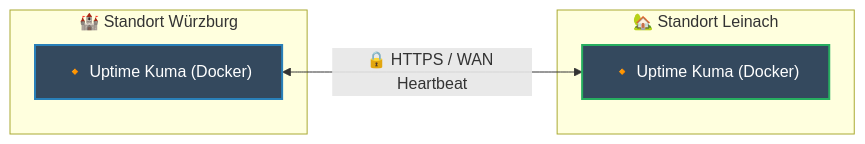
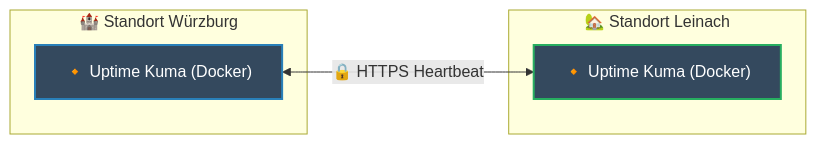
The sixth of 6 diagrams in README.md (mxpfister/homelab-architecture), drawn with Mermaid before and after one commit. The commit also changed other lines of this file, not shown here.

````diff
--- a/README.md
+++ b/README.md
@@ -269,20 +269,20 @@
 ```mermaid
 graph LR
     %% Styling
     classDef wueStyle fill:#34495e,stroke:#2980b9,stroke-width:2px,color:#fff;
     classDef leiStyle fill:#34495e,stroke:#27ae60,stroke-width:2px,color:#fff;
 
     subgraph WURZBURG ["🏰 Standort Würzburg"]
         Uptime_WUE["🔸 Uptime Kuma (Docker)"]:::wueStyle
     end
 
     subgraph LEINACH ["🏡 Standort Leinach"]
         Uptime_LEI["🔸 Uptime Kuma (Docker)"]:::leiStyle
     end
 
     %% Heartbeat Tunnel
-    Uptime_WUE <-->|🔒 HTTPS / WAN Heartbeat| Uptime_LEI
+    Uptime_WUE <-->|🔒 HTTPS Heartbeat| Uptime_LEI
 
     %% Notiz im Diagramm
     %% Überwachung erfolgt gegenseitig. Keine geteilten Datenbanken oder Datenströme.
 ```
````
